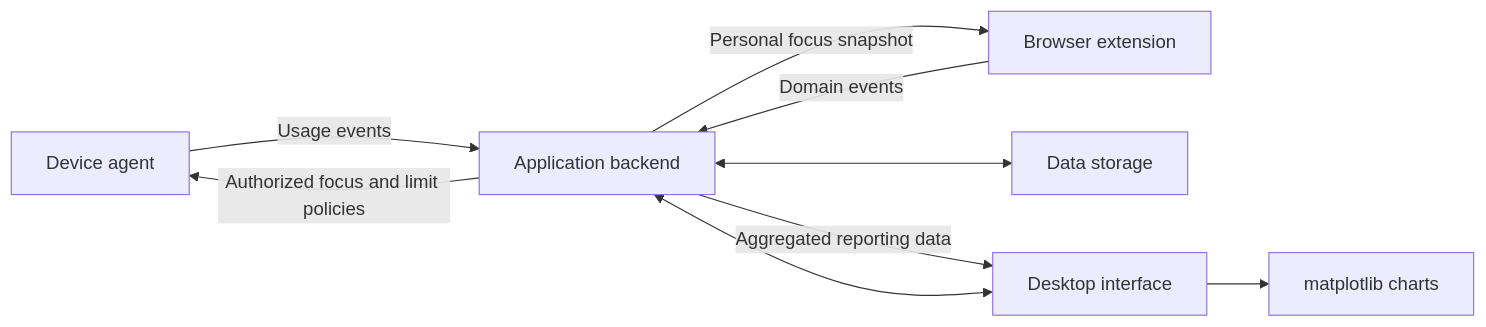
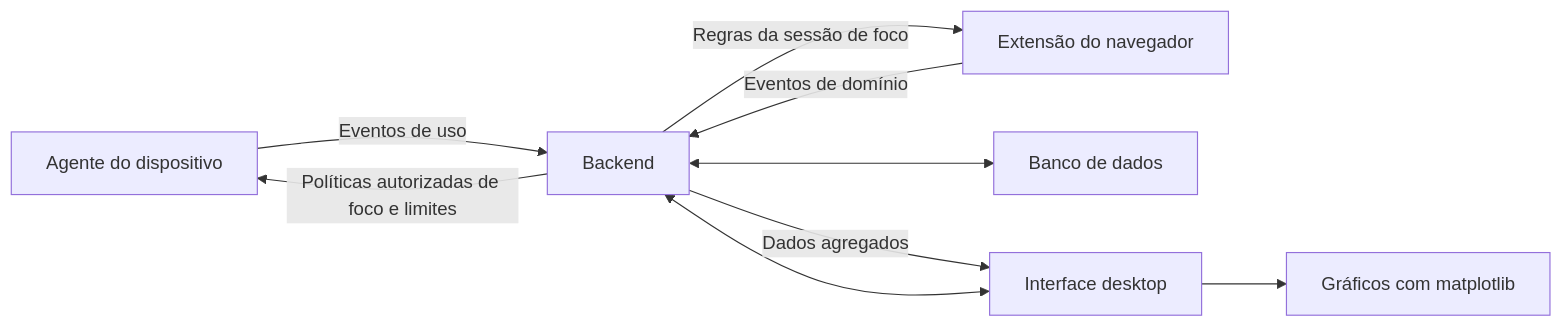
Before and after one commit to muhh190106/app-monitoramento-linux: the diagram in docs/architecture.md, drawn with Mermaid. The commit also changed other lines of this file and 14 other files, not shown here.

````diff
--- a/docs/architecture.md
+++ b/docs/architecture.md
@@ -7,11 +7,11 @@
 ```mermaid
 flowchart LR
-    A[Device agent] -->|Usage events| B[Application backend]
-    E[Browser extension] -->|Domain events| B
-    B -->|Authorized focus and limit policies| A
-    B -->|Personal focus snapshot| E
-    B <--> D[Data storage]
-    U[Desktop interface] <--> B
-    B -->|Aggregated reporting data| U
-    U --> C[matplotlib charts]
+    A[Agente do dispositivo] -->|Eventos de uso| B[Backend]
+    E[Extensão do navegador] -->|Eventos de domínio| B
+    B -->|Políticas autorizadas de foco e limites| A
+    B -->|Regras da sessão de foco| E
+    B <--> D[Banco de dados]
+    U[Interface desktop] <--> B
+    B -->|Dados agregados| U
+    U --> C[Gráficos com matplotlib]
 ```
````
